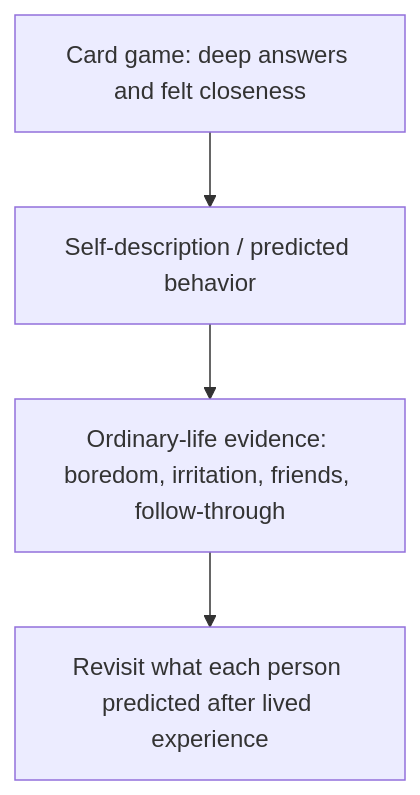
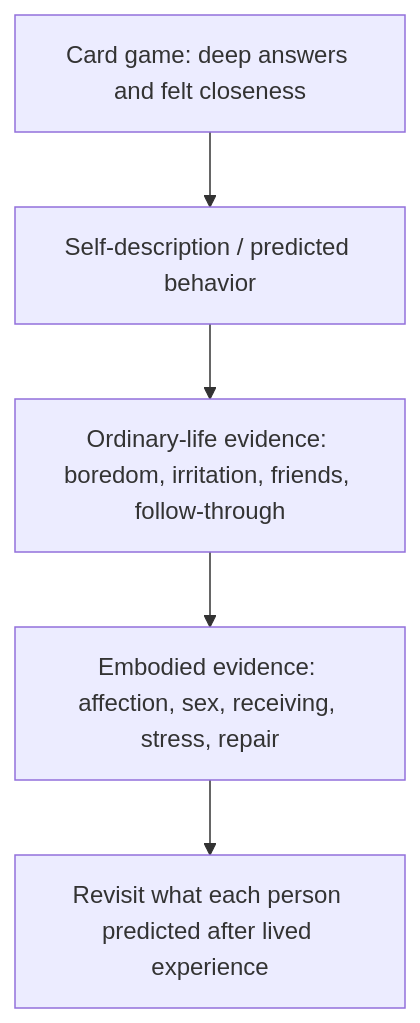
The third of 14 diagrams in work/romance-current-assembly/ARCHITECTURE.md (u-dont-existDOTcom/pangram-humanization-lab), drawn with Mermaid before and after one commit. The commit also changed other lines of this file, not shown here.

Commit message:
state: sync Romance architecture to Toft Anami pass

````diff
--- a/work/romance-current-assembly/ARCHITECTURE.md
+++ b/work/romance-current-assembly/ARCHITECTURE.md
@@ -59,9 +62,10 @@
 ```mermaid
 flowchart TD
     cards["Card game: deep answers and felt closeness"]
     testimony["Self-description / predicted behavior"]
     ordinary["Ordinary-life evidence: boredom, irritation, friends, follow-through"]
+    body["Embodied evidence: affection, sex, receiving, stress, repair"]
     revisit["Revisit what each person predicted after lived experience"]
 
-    cards --> testimony --> ordinary --> revisit
+    cards --> testimony --> ordinary --> body --> revisit
 ```
````
